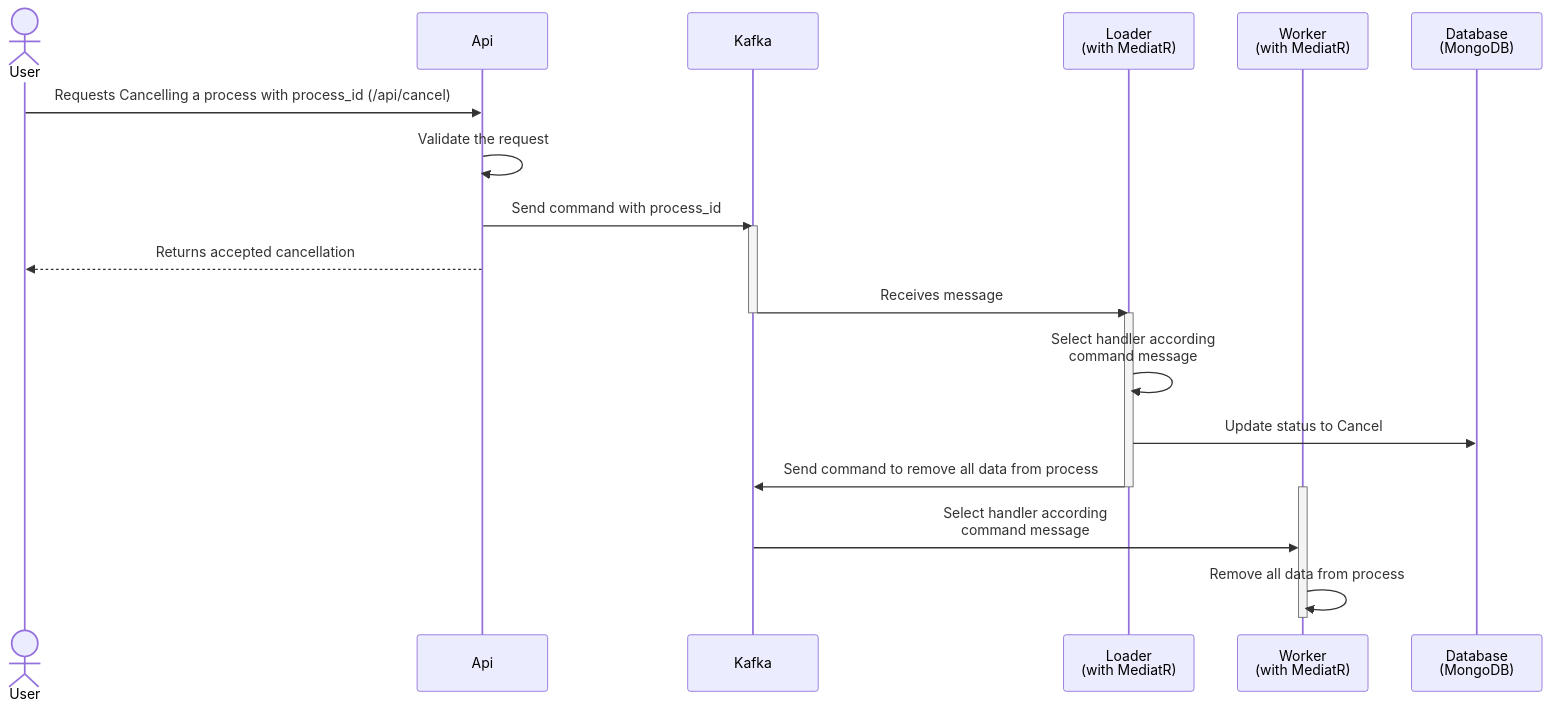
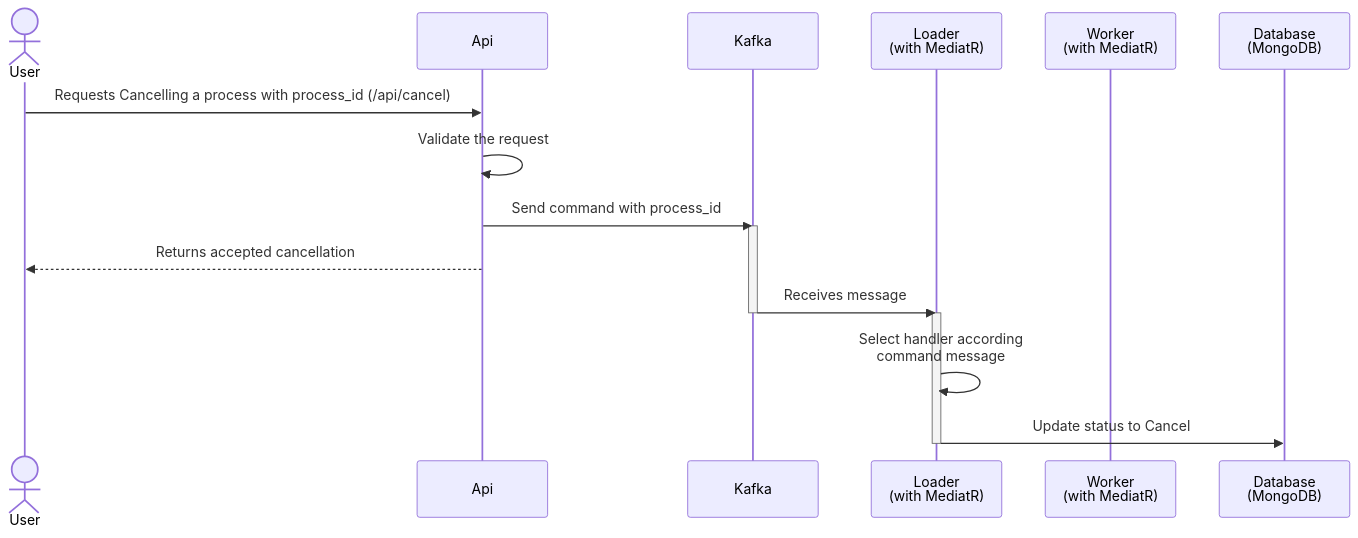
Before and after one commit to luanmds/kafka-dotnet-study: the third of 3 diagrams in sample-02/README.md, drawn with Mermaid. The commit also changed other lines of this file and 26 other files, not shown here.

````diff
--- a/sample-02/README.md
+++ b/sample-02/README.md
@@ -68,28 +70,22 @@
 ```mermaid
     sequenceDiagram
         actor User
         participant Api as Api
         participant K as Kafka 
         participant L as Loader <br/> (with MediatR)
         participant W as Worker <br/> (with MediatR)
         participant DB as Database <br/> (MongoDB)
         
         User->>Api: Requests Cancelling a process with process_id (/api/cancel)
         Api->>Api: Validate the request
         Api->>K: Send command with process_id 
         activate K
         Api-->>User: Returns accepted cancellation
         K->>L: Receives message
         deactivate K
         
         activate L
         L->>L: Select handler according <br/> command message 
         L->>DB: Update status to Cancel 
-        L->>K: Send command to remove all data from process
         deactivate L
-
-        activate W
-        K->>W: Select handler according <br/> command message 
-        W->>W: Remove all data from process
-        deactivate W
 ```
````
